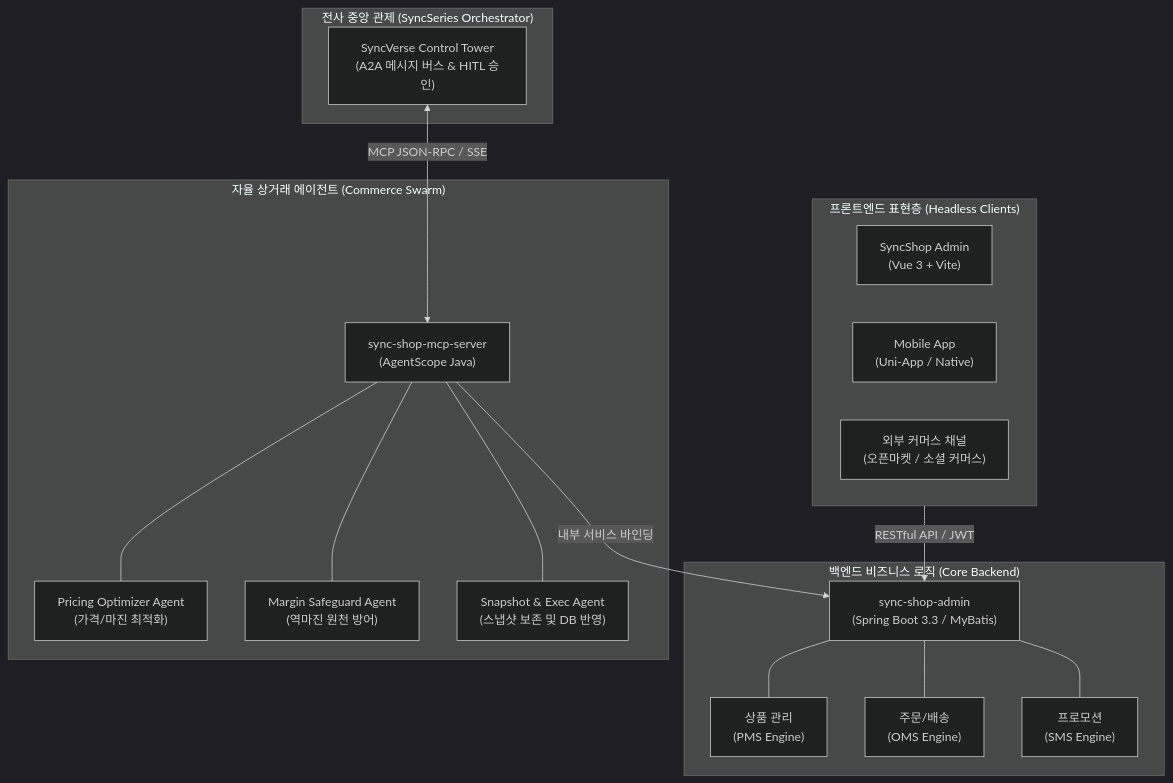
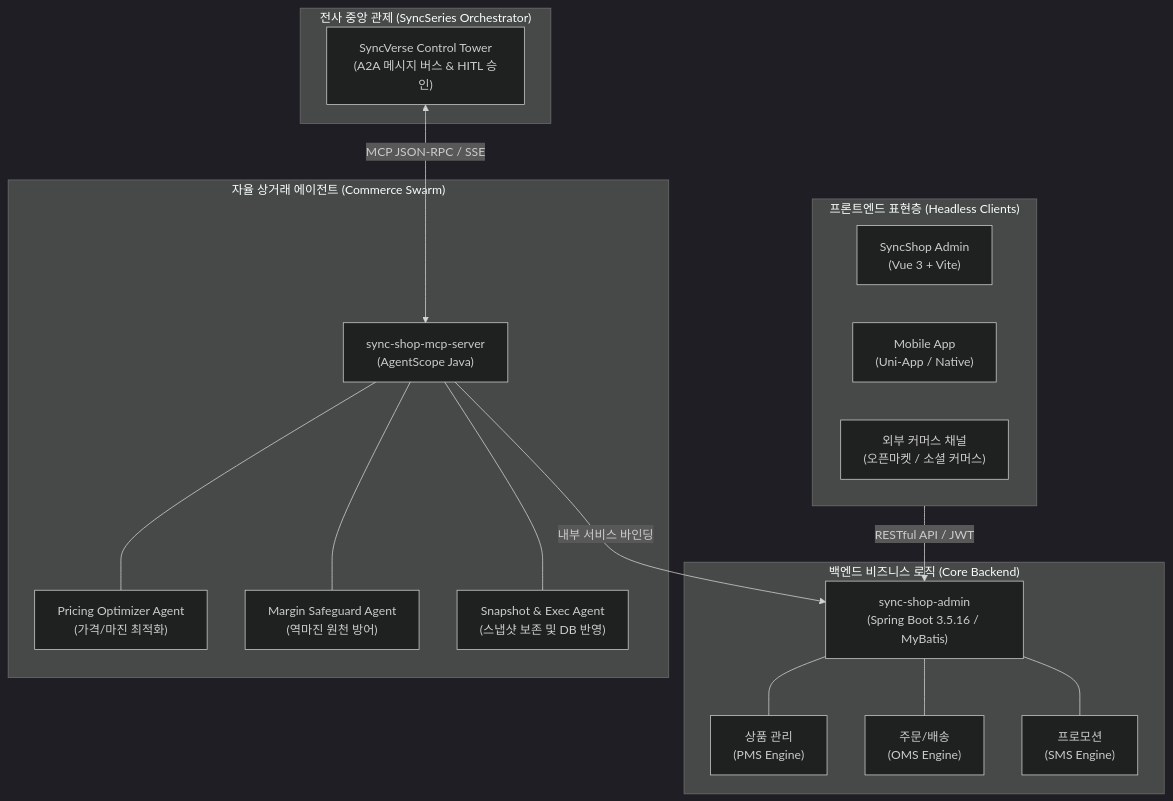
The first of 2 diagrams in ko/syncshop/architecture.md (DramaticCollaboration/doc.github.io), drawn with Mermaid (dark theme) before and after one commit. The commit also changed other lines of this file and 49 other files, not shown here.

````diff
--- a/ko/syncshop/architecture.md
+++ b/ko/syncshop/architecture.md
@@ -20,36 +20,36 @@
 ```mermaid
 flowchart TD
     subgraph ClientLayer ["프론트엔드 표현층 (Headless Clients)"]
         WebAdmin["SyncShop Admin\n(Vue 3 + Vite)"]
         MobileApp["Mobile App\n(Uni-App / Native)"]
         ThirdParty["외부 커머스 채널\n(오픈마켓 / 소셜 커머스)"]
     end
 
     subgraph ServiceLayer ["백엔드 비즈니스 로직 (Core Backend)"]
-        AdminServer["sync-shop-admin\n(Spring Boot 3.3 / MyBatis)"]
+        AdminServer["sync-shop-admin\n(Spring Boot 3.5.16 / MyBatis)"]
         PMS["상품 관리\n(PMS Engine)"]
         OMS["주문/배송\n(OMS Engine)"]
         SMS["프로모션\n(SMS Engine)"]
         AdminServer --- PMS
         AdminServer --- OMS
         AdminServer --- SMS
     end
 
     subgraph AgentLayer ["자율 상거래 에이전트 (Commerce Swarm)"]
         McpServer["sync-shop-mcp-server\n(AgentScope Java)"]
         PricingAgent["Pricing Optimizer Agent\n(가격/마진 최적화)"]
         SafeguardAgent["Margin Safeguard Agent\n(역마진 원천 방어)"]
         ExecAgent["Snapshot & Exec Agent\n(스냅샷 보존 및 DB 반영)"]
         McpServer --- PricingAgent
         McpServer --- SafeguardAgent
         McpServer --- ExecAgent
     end
 
     subgraph ControlTower ["전사 중앙 관제 (SyncSeries Orchestrator)"]
         SyncVerse["SyncVerse Control Tower\n(A2A 메시지 버스 & HITL 승인)"]
     end
 
     ClientLayer -->|RESTful API / JWT| AdminServer
     SyncVerse <-->|MCP JSON-RPC / SSE| McpServer
     McpServer -->|내부 서비스 바인딩| AdminServer
 ```
````
